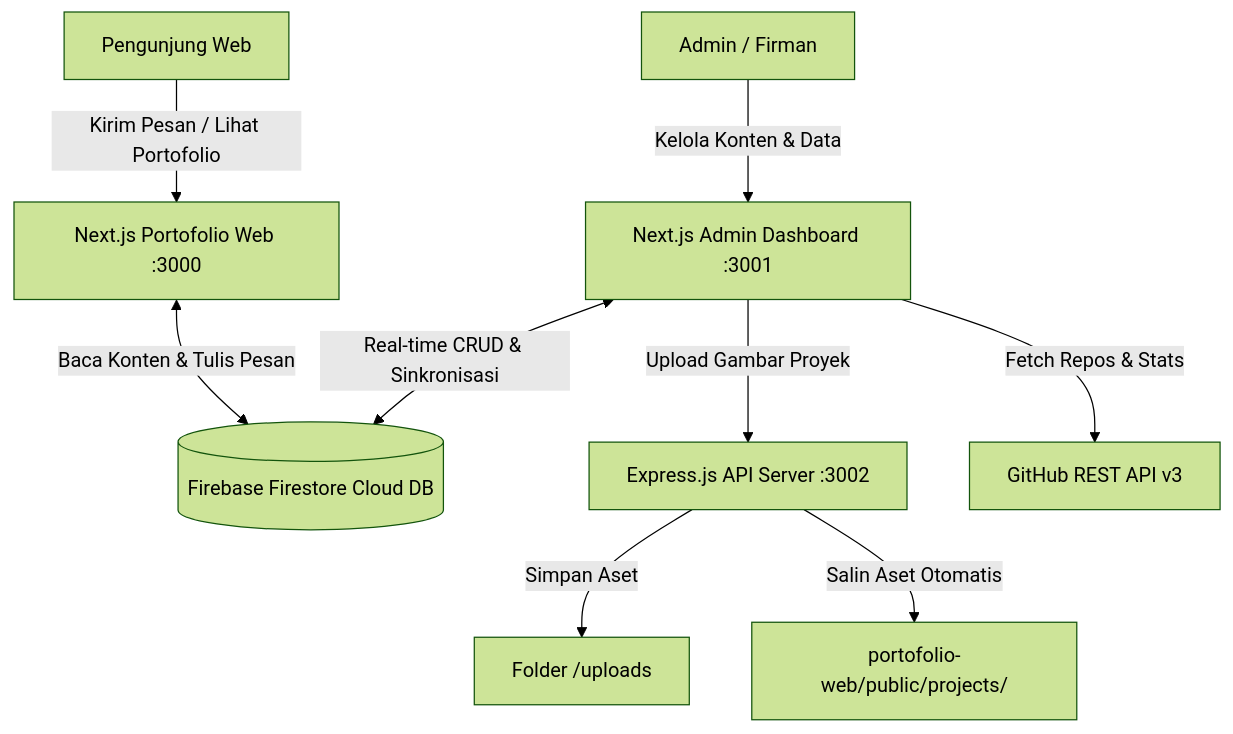
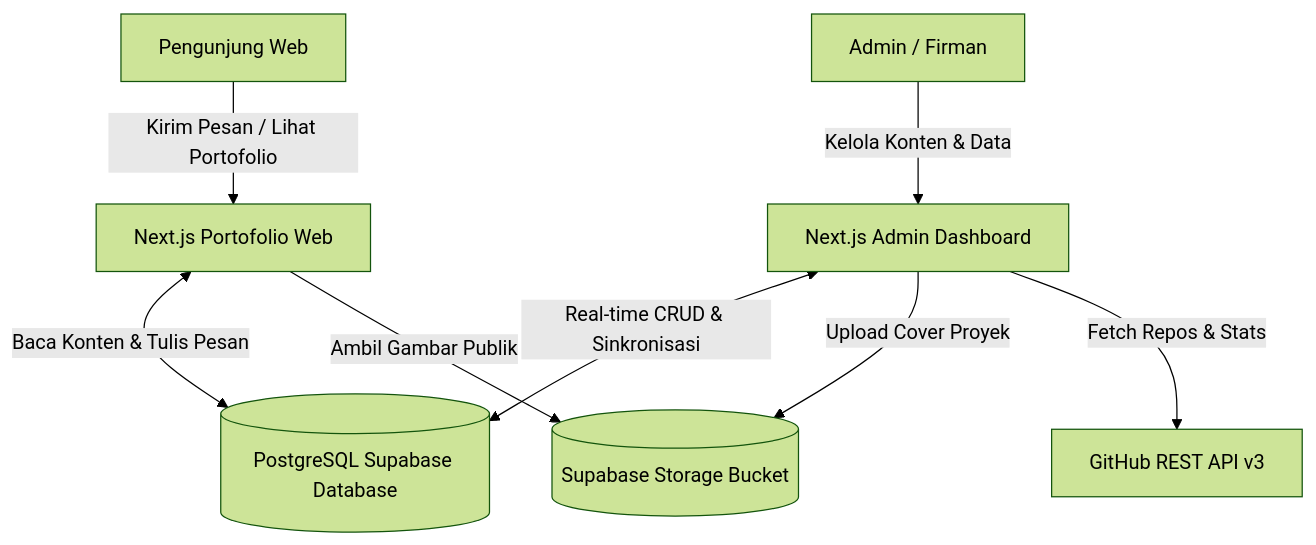
One commit to moch-firmansyahh/management-portofolio--admin- changed the diagram in README.md. Above: the diagram before and after it, drawn with Mermaid (forest theme). The commit also changed other lines of this file and 6 other files, not shown here.

Commit message:
feat: migrate to supabase and remove firebase

````diff
--- a/README.md
+++ b/README.md
@@ -82,14 +81,13 @@
 ```mermaid
 graph TD
-    User[Pengunjung Web] -->|Kirim Pesan / Lihat Portofolio| Web[Next.js Portofolio Web :3000]
-    Admin[Admin / Firman] -->|Kelola Konten & Data| AdminApp[Next.js Admin Dashboard :3001]
+    User[Pengunjung Web] -->|Kirim Pesan / Lihat Portofolio| Web[Next.js Portofolio Web]
+    Admin[Admin / Firman] -->|Kelola Konten & Data| AdminApp[Next.js Admin Dashboard]
     
-    Web <-->|Baca Konten & Tulis Pesan| Firestore[(Firebase Firestore Cloud DB)]
-    AdminApp <-->|Real-time CRUD & Sinkronisasi| Firestore
+    Web <-->|Baca Konten & Tulis Pesan| SupabaseDB[(PostgreSQL Supabase Database)]
+    AdminApp <-->|Real-time CRUD & Sinkronisasi| SupabaseDB
     
-    AdminApp -->|Upload Gambar Proyek| Backend[Express.js API Server :3002]
-    Backend -->|Simpan Aset| UploadsDir[Folder /uploads]
-    Backend -->|Salin Aset Otomatis| PublicWeb[portofolio-web/public/projects/]
+    AdminApp -->|Upload Cover Proyek| SupabaseStorage[(Supabase Storage Bucket)]
+    Web -->|Ambil Gambar Publik| SupabaseStorage
     
     AdminApp -->|Fetch Repos & Stats| GitHubAPI[GitHub REST API v3]
 ```
````
